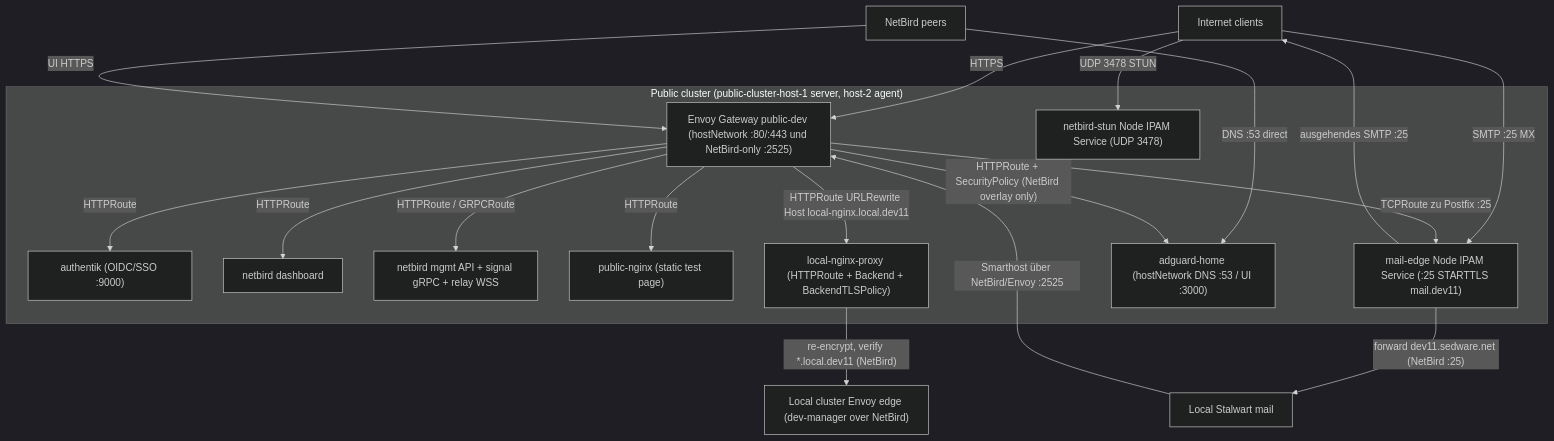
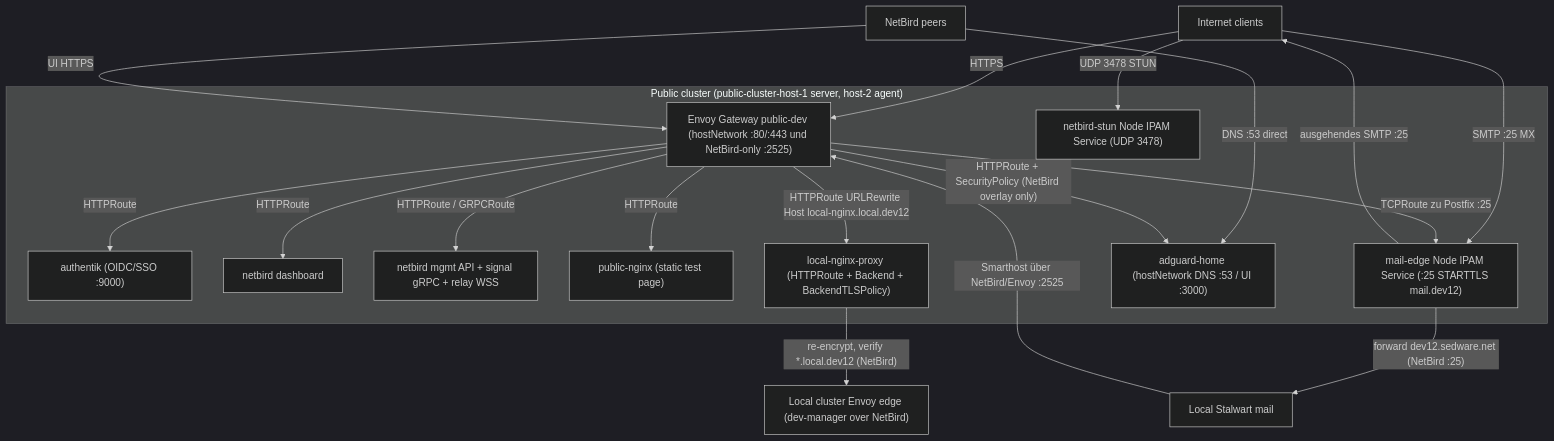
The diagram in docs/architecture.md (rowBeeX/public-cluster-kubernetes), drawn with Mermaid (dark theme) before and after one commit. The commit also changed 20 other files, not shown here.

````diff
--- a/docs/architecture.md
+++ b/docs/architecture.md
@@ -44,38 +44,38 @@
 ```mermaid
 flowchart TB
   internet["Internet clients"]
   nbpeers["NetBird peers"]
   localedge["Local cluster Envoy edge (dev-manager over NetBird)"]
   stalwart["Local Stalwart mail"]
 
   subgraph public["Public cluster (public-cluster-host-1 server, host-2 agent)"]
     envoy["Envoy Gateway public-dev (hostNetwork :80/:443 und NetBird-only :2525)"]
     authentik["authentik (OIDC/SSO :9000)"]
     nbdash["netbird dashboard"]
     nbmgmt["netbird mgmt API + signal gRPC + relay WSS"]
     pubnginx["public-nginx (static test page)"]
     lnproxy["local-nginx-proxy (HTTPRoute + Backend + BackendTLSPolicy)"]
     stunsvc["netbird-stun Node IPAM Service (UDP 3478)"]
-    mailedge["mail-edge Node IPAM Service (:25 STARTTLS mail.dev11)"]
+    mailedge["mail-edge Node IPAM Service (:25 STARTTLS mail.dev12)"]
     adguard["adguard-home (hostNetwork DNS :53 / UI :3000)"]
   end
 
   internet -->|HTTPS| envoy
   envoy -->|HTTPRoute| authentik
   envoy -->|HTTPRoute| nbdash
   envoy -->|HTTPRoute / GRPCRoute| nbmgmt
   envoy -->|HTTPRoute| pubnginx
-  envoy -->|"HTTPRoute URLRewrite Host local-nginx.local.dev11"| lnproxy
-  lnproxy -->|"re-encrypt, verify *.local.dev11 (NetBird)"| localedge
+  envoy -->|"HTTPRoute URLRewrite Host local-nginx.local.dev12"| lnproxy
+  lnproxy -->|"re-encrypt, verify *.local.dev12 (NetBird)"| localedge
 
   internet -->|UDP 3478 STUN| stunsvc
   internet -->|SMTP :25 MX| mailedge
-  mailedge -->|"forward dev11.sedware.net (NetBird :25)"| stalwart
+  mailedge -->|"forward dev12.sedware.net (NetBird :25)"| stalwart
   stalwart -->|"Smarthost über NetBird/Envoy :2525"| envoy
   envoy -->|"TCPRoute zu Postfix :25"| mailedge
   mailedge -->|"ausgehendes SMTP :25"| internet
 
   nbpeers -->|DNS :53 direct| adguard
   nbpeers -->|UI HTTPS| envoy
   envoy -->|"HTTPRoute + SecurityPolicy (NetBird overlay only)"| adguard
 ```
````
